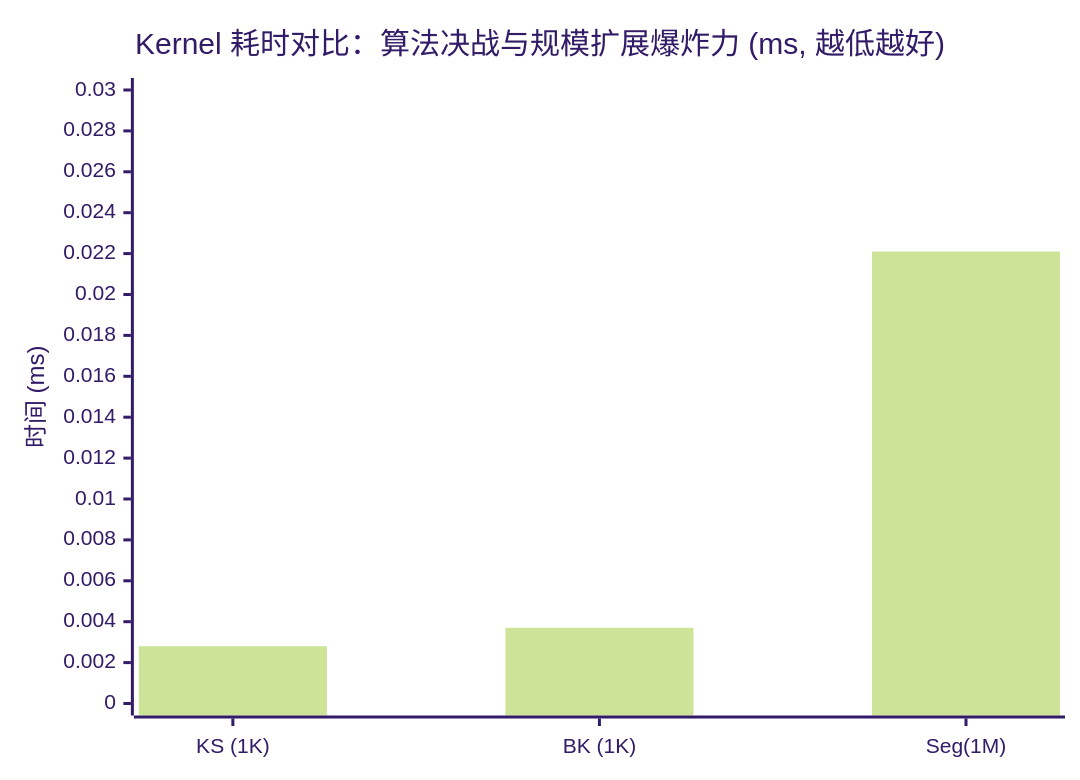
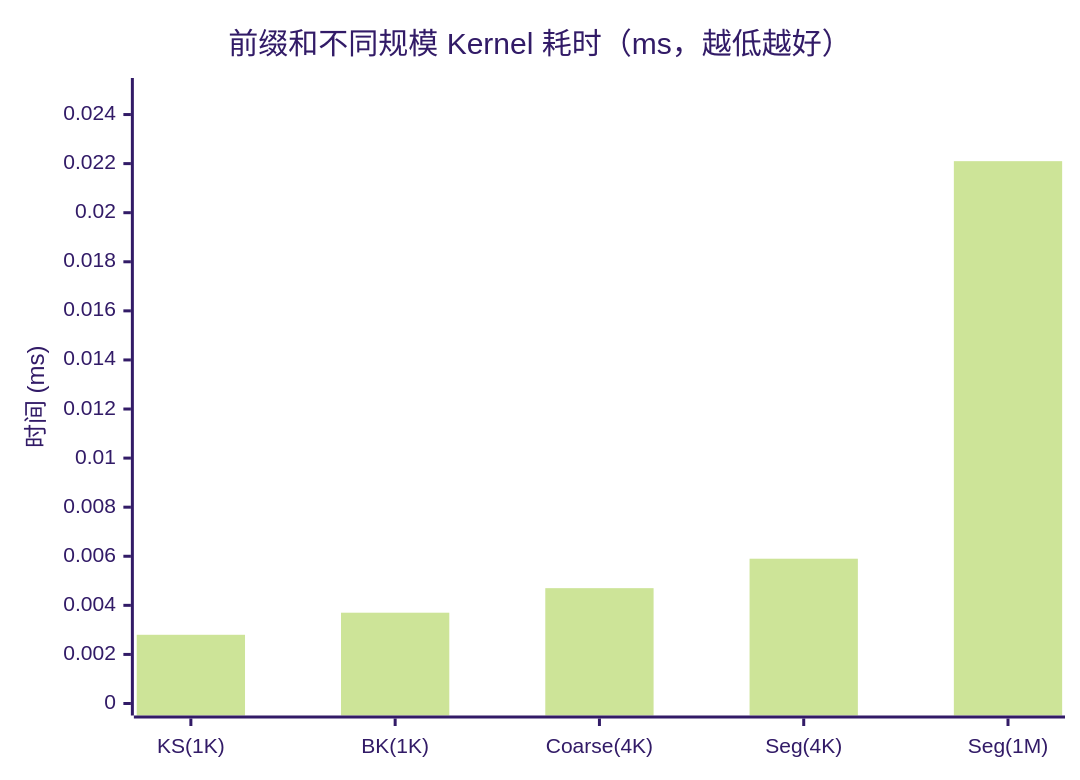
Before and after one commit to psmarter/CUDA-Practice: the second of 2 diagrams in 03_Scan/README.md, drawn with Mermaid (forest theme). The commit also changed other lines of this file and 14 other files, not shown here.

`````diff
--- a/03_Scan/README.md
+++ b/03_Scan/README.md
@@ -126,7 +140,7 @@
-````mermaid
+```mermaid
 xychart-beta
-  title "Kernel 耗时对比：算法决战与规模扩展爆炸力 (ms, 越低越好)"
-  x-axis ["KS (1K)", "BK (1K)", "Seg(1M)"]
-  y-axis "时间 (ms)" 0 --> 0.03
-  bar [0.0028, 0.0037, 0.0221]
-````
+  title "前缀和不同规模 Kernel 耗时（ms，越低越好）"
+  x-axis ["KS(1K)", "BK(1K)", "Coarse(4K)", "Seg(4K)", "Seg(1M)"]
+  y-axis "时间 (ms)" 0 --> 0.025
+  bar [0.0028, 0.0037, 0.0047, 0.0059, 0.0221]
+```
`````
